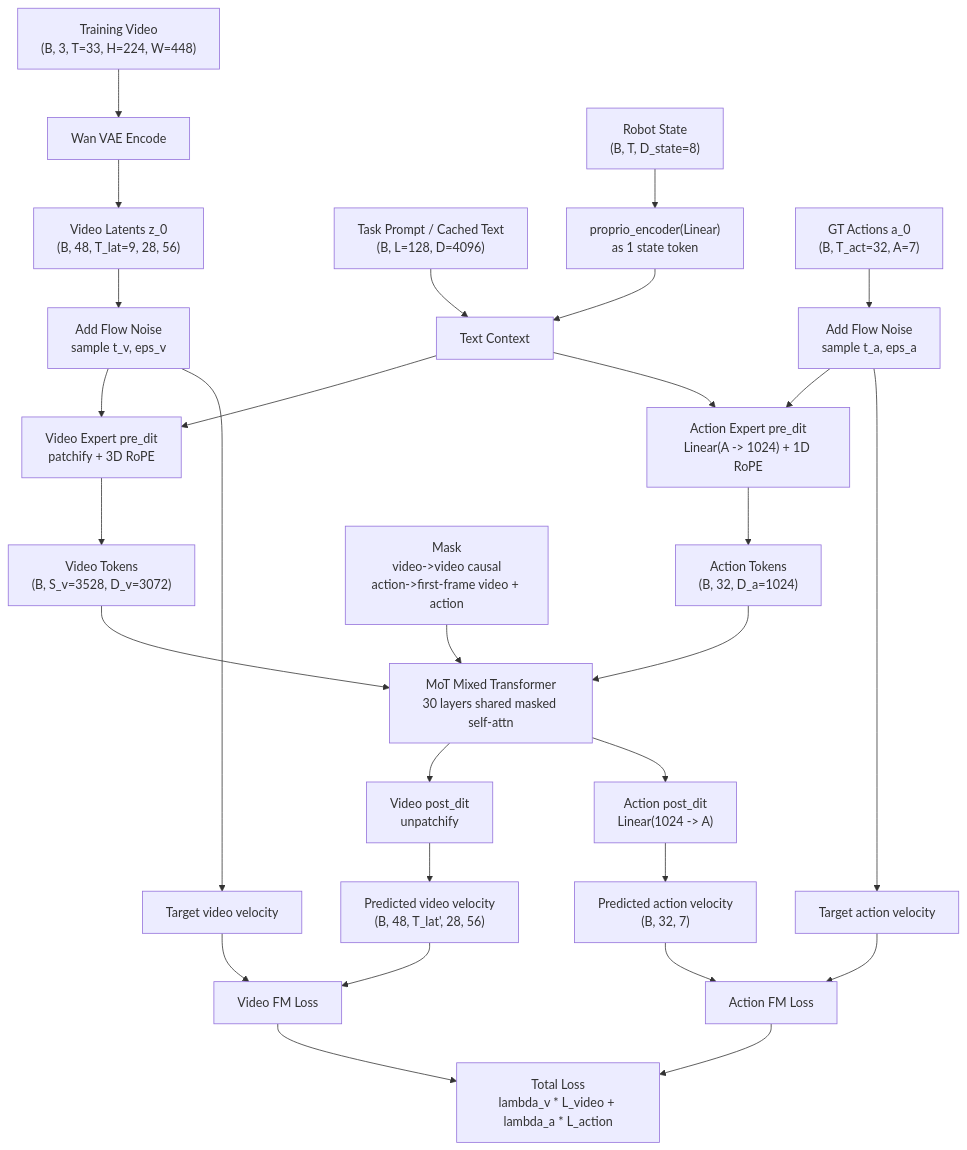
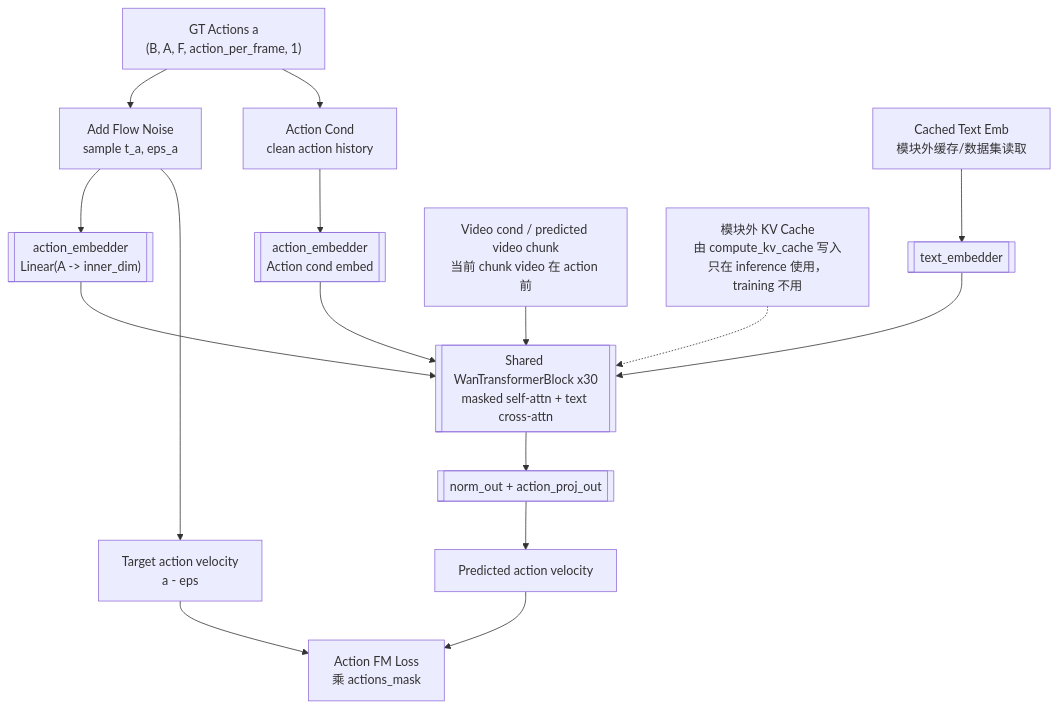
One commit to julyfun/how-to changed the second of 6 diagrams in papers/papers-batch-1.md. Above: the diagram before and after it, drawn with Mermaid. The commit also changed other lines of this file, not shown here.

Commit message:
M papers/papers-batch-1.md

````diff
--- a/papers/papers-batch-1.md
+++ b/papers/papers-batch-1.md
@@ -33,36 +53,18 @@
 ```mermaid
 flowchart TD
-    video["Training Video<br/>(B, 3, T=33, H=224, W=448)"] --> vae["Wan VAE Encode"]
-    vae --> z0["Video Latents z_0<br/>(B, 48, T_lat=9, 28, 56)"]
-    z0 --> zv["Add Flow Noise<br/>sample t_v, eps_v"]
-    zv --> vpre["Video Expert pre_dit<br/>patchify + 3D RoPE"]
-
-    prompt["Task Prompt / Cached Text<br/>(B, L=128, D=4096)"] --> ctx["Text Context"]
-    state["Robot State<br/>(B, T, D_state=8)"] --> prop["proprio_encoder(Linear)<br/>as 1 state token"]
-    prop --> ctx
-    ctx --> vpre
-
-    action["GT Actions a_0<br/>(B, T_act=32, A=7)"] --> za["Add Flow Noise<br/>sample t_a, eps_a"]
-    za --> apre["Action Expert pre_dit<br/>Linear(A -> 1024) + 1D RoPE"]
-    ctx --> apre
-
-    vpre --> vt["Video Tokens<br/>(B, S_v=3528, D_v=3072)"]
-    apre --> at["Action Tokens<br/>(B, 32, D_a=1024)"]
-    vt --> mot["MoT Mixed Transformer<br/>30 layers shared masked self-attn"]
-    at --> mot
-    mask["Mask<br/>video->video causal<br/>action->first-frame video + action"] --> mot
-
-    mot --> vpost["Video post_dit<br/>unpatchify"]
-    mot --> apost["Action post_dit<br/>Linear(1024 -> A)"]
-    vpost --> pv["Predicted video velocity<br/>(B, 48, T_lat', 28, 56)"]
-    apost --> pa["Predicted action velocity<br/>(B, 32, 7)"]
-
-    zv --> vtgt["Target video velocity"]
-    za --> atgt["Target action velocity"]
-    pv --> vloss["Video FM Loss"]
-    vtgt --> vloss
-    pa --> aloss["Action FM Loss"]
+    act["GT Actions a<br/>(B, A, F, action_per_frame, 1)"] --> anoise["Add Flow Noise<br/>sample t_a, eps_a"]
+    act --> acond["Action Cond<br/>clean action history"]
+    anoise --> aemb[["action_embedder<br/>Linear(A -> inner_dim)"]]
+    acond --> acemb[["action_embedder<br/>Action cond embed"]]
+    prompt["Cached Text Emb<br/>模块外缓存/数据集读取"] --> textproj[["text_embedder"]]
+    vcond["Video cond / predicted video chunk<br/>当前 chunk video 在 action 前"] --> blocks
+    kv["模块外 KV Cache<br/>由 compute_kv_cache 写入<br/>只在 inference 使用，training 不用"] -.-> blocks
+    aemb --> blocks[["Shared WanTransformerBlock x30<br/>masked self-attn + text cross-attn"]]
+    acemb --> blocks
+    textproj --> blocks
+    blocks --> ahead[["norm_out + action_proj_out"]]
+    ahead --> apred["Predicted action velocity"]
+    anoise --> atgt["Target action velocity<br/>a - eps"]
+    apred --> aloss["Action FM Loss<br/>乘 actions_mask"]
     atgt --> aloss
-    vloss --> total["Total Loss<br/>lambda_v * L_video + lambda_a * L_action"]
-    aloss --> total
 ```
````
